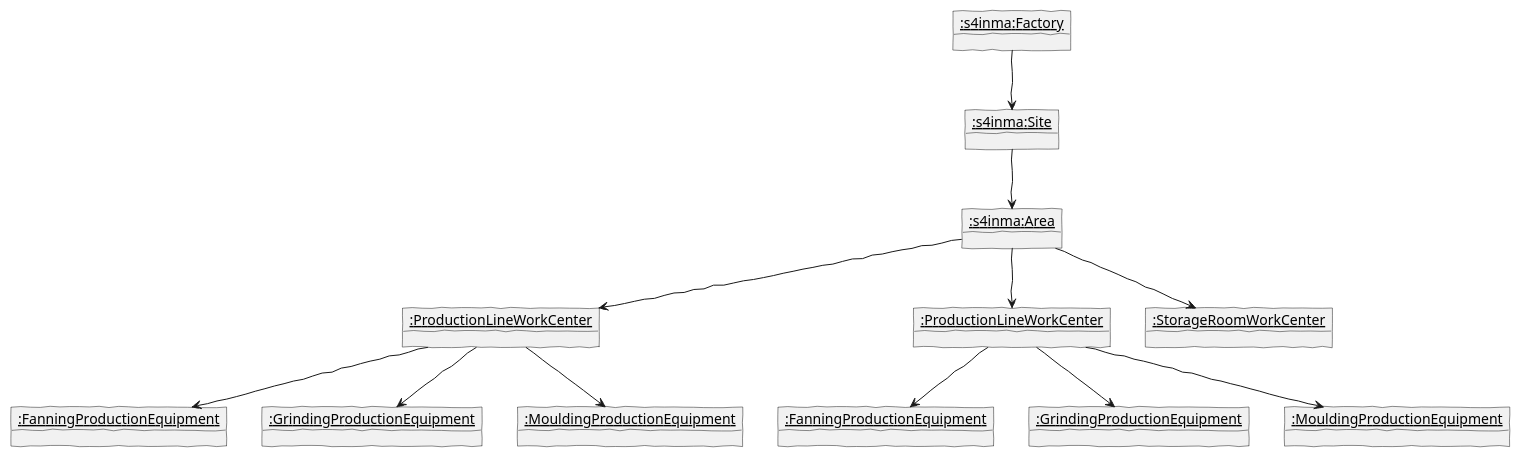
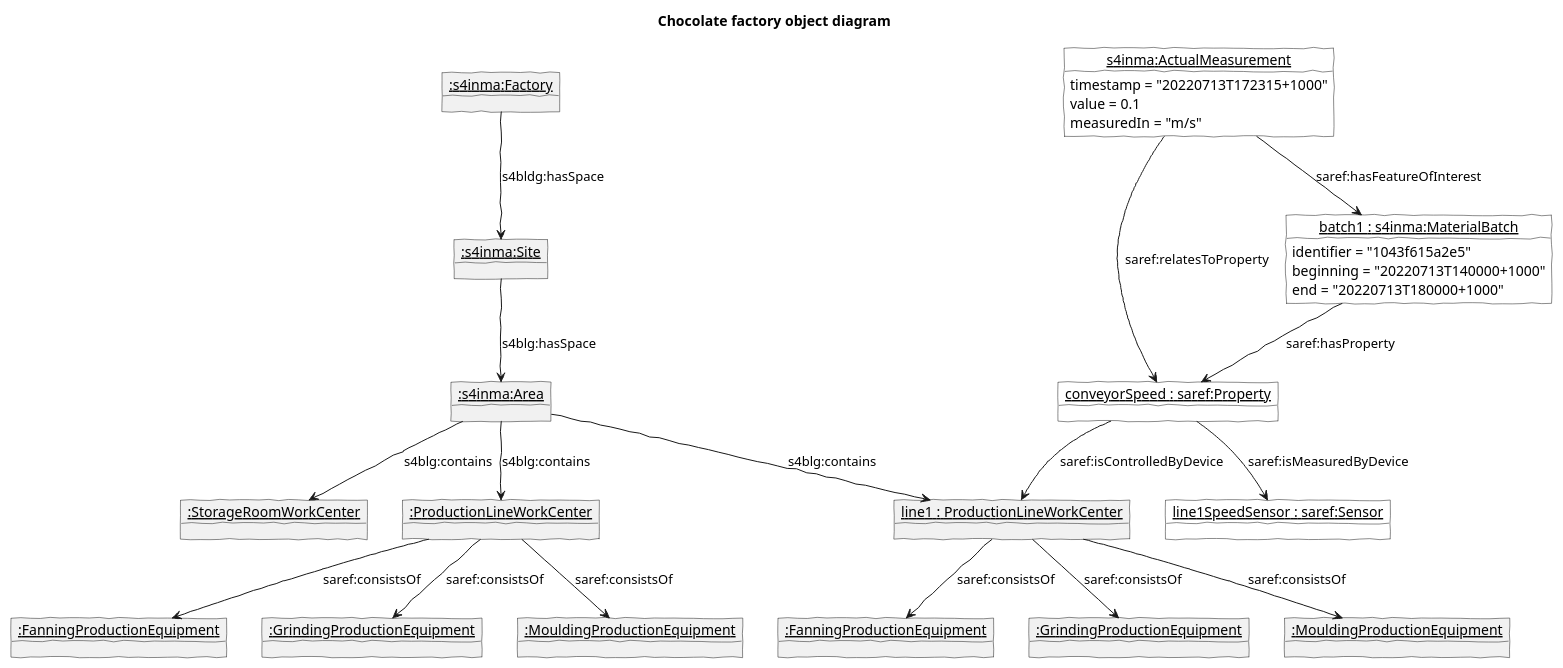
One commit to sgryphon/iot-demo-build changed the diagram in smart-factory/factory-line-twin/twin-instances.puml. Above: the diagram before and after it, drawn with PlantUML. The commit also changed 1 other file, not shown here.

```diff
--- a/smart-factory/factory-line-twin/twin-instances.puml
+++ b/smart-factory/factory-line-twin/twin-instances.puml
@@ -1,38 +1,61 @@
 @startuml 
 
 skinparam handwritten true
 skinparam useBetaStyle true
 
+title Chocolate factory object diagram
+
 object "__:s4inma:Factory__" as factory1
 object "__:s4inma:Site__" as site1
 object "__:s4inma:Area__" as area1
 
-factory1 --> site1
-site1 --> area1
+factory1 --> site1 : s4bldg:hasSpace
+site1 --> area1 : s4blg:hasSpace
 
 ' s4inma:WorkCenter
-object "__:ProductionLineWorkCenter__" as line1
+object "__line1 : ProductionLineWorkCenter__" as line1
 object "__:ProductionLineWorkCenter__" as line2
 object "__:StorageRoomWorkCenter__" as store1
 
-area1 --> line1
-area1 --> line2
-area1 --> store1
+area1 --> line1 : s4blg:contains
+area1 --> line2 : s4blg:contains
+area1 --> store1 : s4blg:contains
 
 ' s4inma:ProductionEquipment
 object "__:FanningProductionEquipment__" as fan1
 object "__:GrindingProductionEquipment__" as grinder1
 object "__:MouldingProductionEquipment__" as mould1
 object "__:FanningProductionEquipment__" as fan2
 object "__:GrindingProductionEquipment__" as grinder2
 object "__:MouldingProductionEquipment__" as mould2
 
-line1 --> fan1
-line1 --> grinder1
-line1 --> mould1
+line1 --> fan1 : saref:consistsOf
+line1 --> grinder1 : saref:consistsOf
+line1 --> mould1 : saref:consistsOf
 
-line2 --> fan2
-line2 --> grinder2
-line2 --> mould2
+line2 --> fan2 : saref:consistsOf
+line2 --> grinder2 : saref:consistsOf
+line2 --> mould2 : saref:consistsOf
+
+object "__batch1 : s4inma:MaterialBatch__" as batch1 #white {
+    identifier = "1043f615a2e5"
+    beginning = "20220713T140000+1000"
+    end = "20220713T180000+1000"
+}
+object "__conveyorSpeed : saref:Property__" as conveyorSpeedProperty #white {    
+}
+object "__s4inma:ActualMeasurement__" as conveyorSpeedMeasurement #white {
+    timestamp = "20220713T172315+1000"
+    value = 0.1
+    measuredIn = "m/s"
+}
+
+object "__line1SpeedSensor : saref:Sensor__" as conveyorSpeedSensor #white
+
+batch1 --> conveyorSpeedProperty : saref:hasProperty
+conveyorSpeedProperty --> conveyorSpeedSensor : saref:isMeasuredByDevice
+conveyorSpeedProperty --> line1 : saref:isControlledByDevice
+conveyorSpeedMeasurement --> conveyorSpeedProperty : saref:relatesToProperty
+conveyorSpeedMeasurement --> batch1 : saref:hasFeatureOfInterest
 
 @enduml
```
